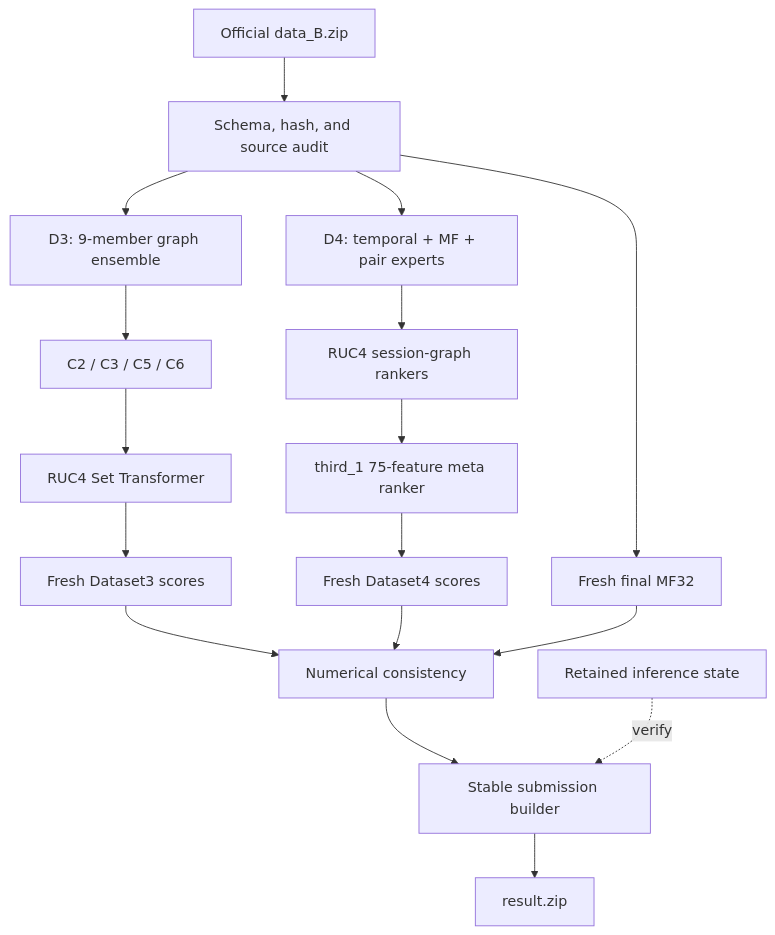
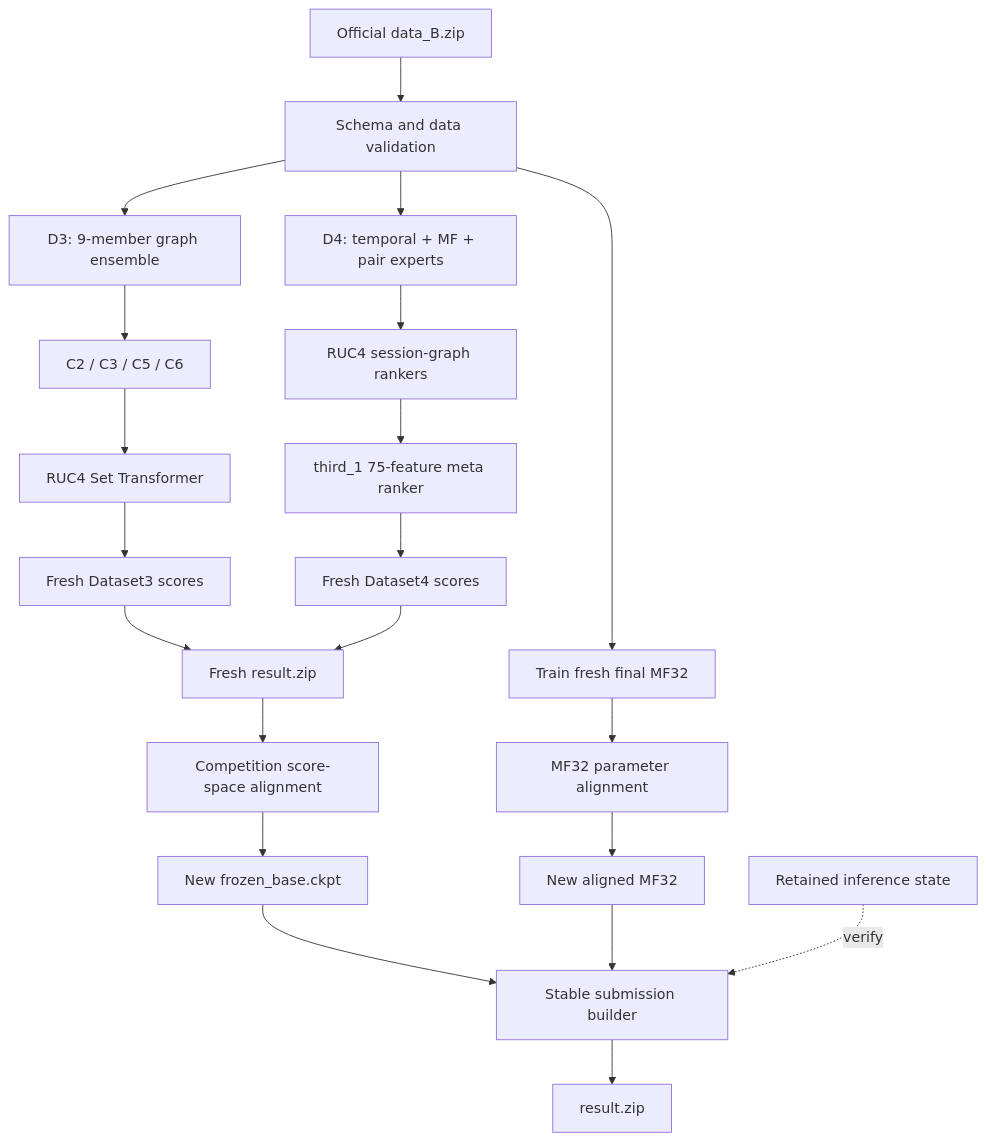
Before and after one commit to laoshan-song/jittor-sader-jituai: the first of 3 diagrams in B/README.md, drawn with Mermaid. The commit also changed other lines of this file and 48 other files, not shown here.

````diff
--- a/B/README.md
+++ b/B/README.md
@@ -73,23 +76,27 @@
 ```mermaid
 flowchart TB
-    A["Official data_B.zip"] --> V["Schema, hash, and source audit"]
+    A["Official data_B.zip"] --> V["Schema and data validation"]
 
     V --> D3A["D3: 9-member graph ensemble"]
     D3A --> D3B["C2 / C3 / C5 / C6"]
     D3B --> D3C["RUC4 Set Transformer"]
     D3C --> D3F["Fresh Dataset3 scores"]
 
     V --> D4A["D4: temporal + MF + pair experts"]
     D4A --> D4B["RUC4 session-graph rankers"]
     D4B --> D4C["third_1 75-feature meta ranker"]
     D4C --> D4F["Fresh Dataset4 scores"]
 
-    V --> MF["Fresh final MF32"]
-    D3F --> N["Numerical consistency"]
-    D4F --> N
-    MF --> N
-    N --> S["Stable submission builder"]
+    V --> MF["Train fresh final MF32"]
+    D3F --> F["Fresh result.zip"]
+    D4F --> F
+    F --> L["Competition score-space alignment"]
+    L --> B["New frozen_base.ckpt"]
+    MF --> M["MF32 parameter alignment"]
+    M --> Q["New aligned MF32"]
+    B --> S["Stable submission builder"]
+    Q --> S
 
     R["Retained inference state"] -. verify .-> S
     S --> Z["result.zip"]
 ```
````
